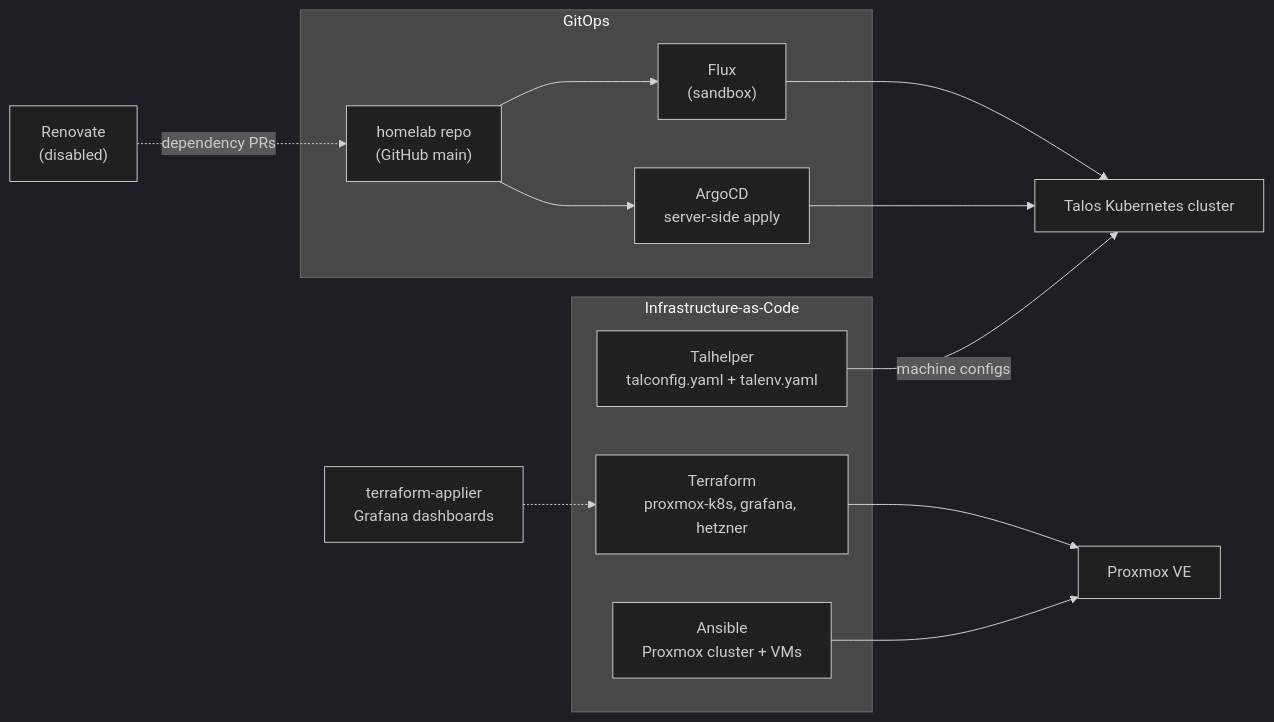
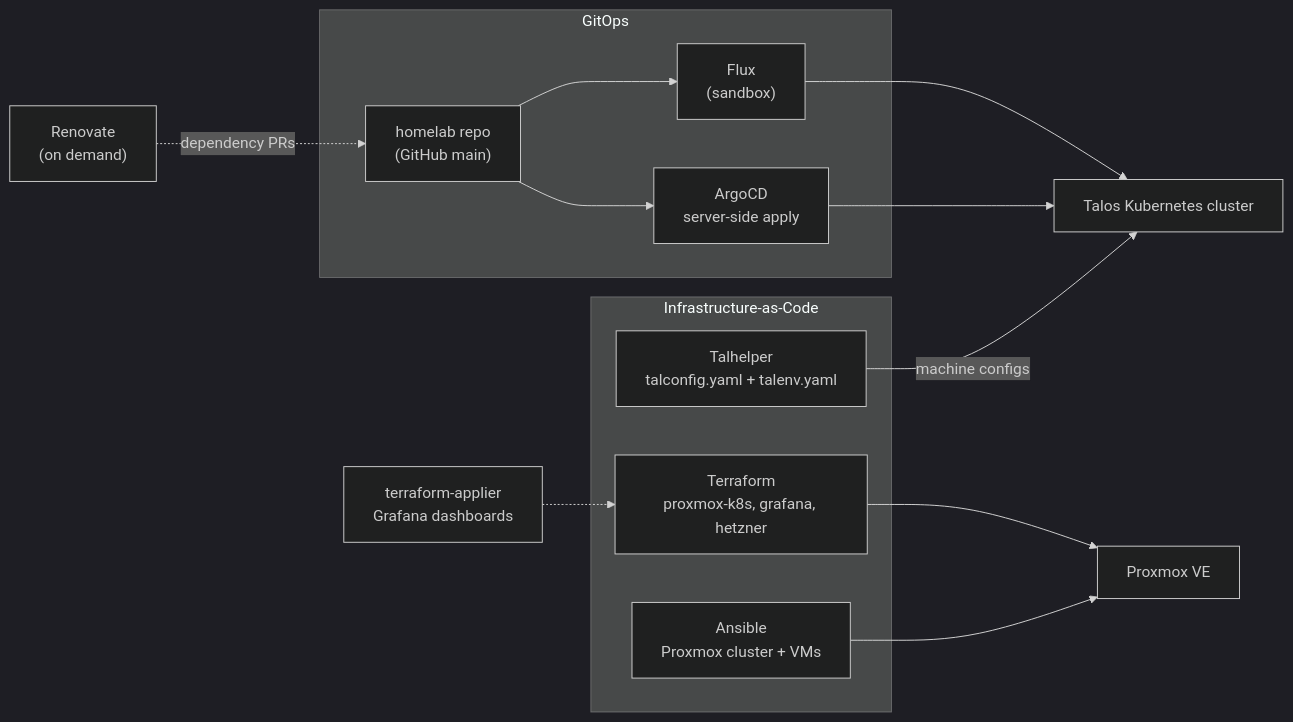
Before and after one commit to DTLP/homelab: the fifth of 5 diagrams in docs/architecture.md, drawn with Mermaid (dark theme). The commit also changed other lines of this file and 3 other files, not shown here.

````diff
--- a/docs/architecture.md
+++ b/docs/architecture.md
@@ -135,28 +135,28 @@
 ```mermaid
 flowchart LR
     subgraph IaC["Infrastructure-as-Code"]
         Ansible["Ansible<br/>Proxmox cluster + VMs"]
         TF["Terraform<br/>proxmox-k8s, grafana, hetzner"]
         TH["Talhelper<br/>talconfig.yaml + talenv.yaml"]
     end
 
     Ansible --> PVE["Proxmox VE"]
     TF --> PVE
     TH -->|machine configs| Cluster
 
     subgraph GitOps["GitOps"]
         Argo["ArgoCD<br/>server-side apply"]
         Flux["Flux<br/>(sandbox)"]
         Repo["homelab repo<br/>(GitHub main)"]
     end
 
     Repo --> Argo
     Repo --> Flux
     Argo --> Cluster
     Flux --> Cluster
 
-    Renovate["Renovate<br/>(disabled)"] -.->|dependency PRs| Repo
+    Renovate["Renovate<br/>(on demand)"] -.->|dependency PRs| Repo
     TerraformApplier["terraform-applier<br/>Grafana dashboards"] -.-> TF
 
     Cluster["Talos Kubernetes cluster"]
 ```
````
